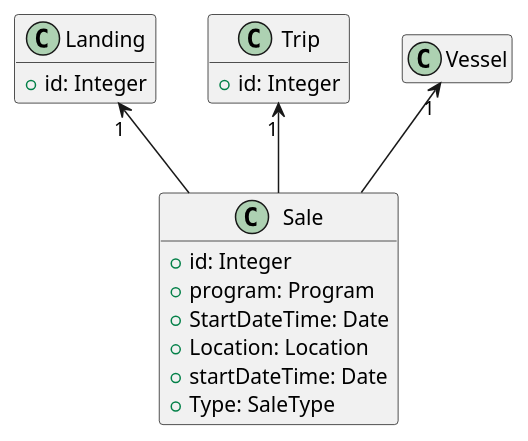
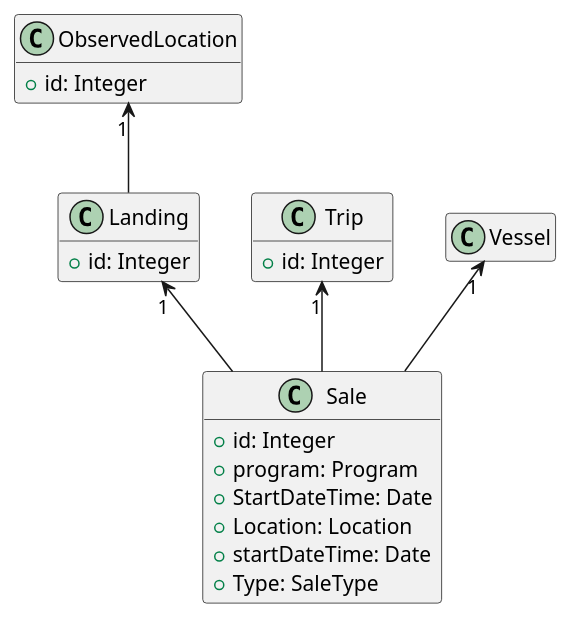
One commit to sumaris-net/sumaris-doc changed the diagram in model/data/sale.puml. Above: the diagram before and after it, drawn with PlantUML. The commit also changed 3 other files, not shown here.

```diff
--- a/model/data/sale.puml
+++ b/model/data/sale.puml
@@ -1,30 +1,33 @@
 @startuml
 hide empty members
+class ObservedLocation {
+  +id: Integer
+}
 
 class Vessel {
 }
 
 class Sale {
   +id: Integer
   +program: Program
   +StartDateTime: Date
   +Location: Location
   +startDateTime: Date
   +Type: SaleType
 }
 
 class Trip {
     +id: Integer
 }
 
 class Landing {
     +id: Integer
 }
 
 Sale -up-> "1" Vessel
 Sale -up-> "1" Trip
 Sale -up-> "1" Landing
 
-
+Landing -up-> "1" ObservedLocation
 
 @enduml
```
